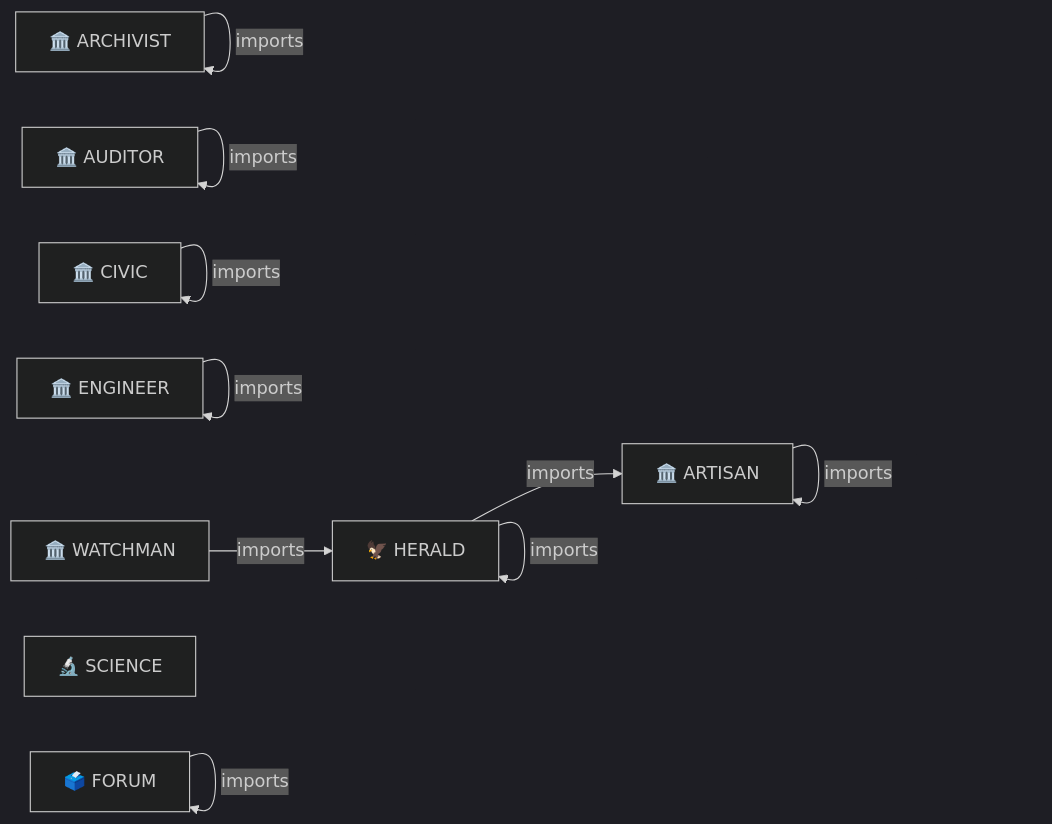
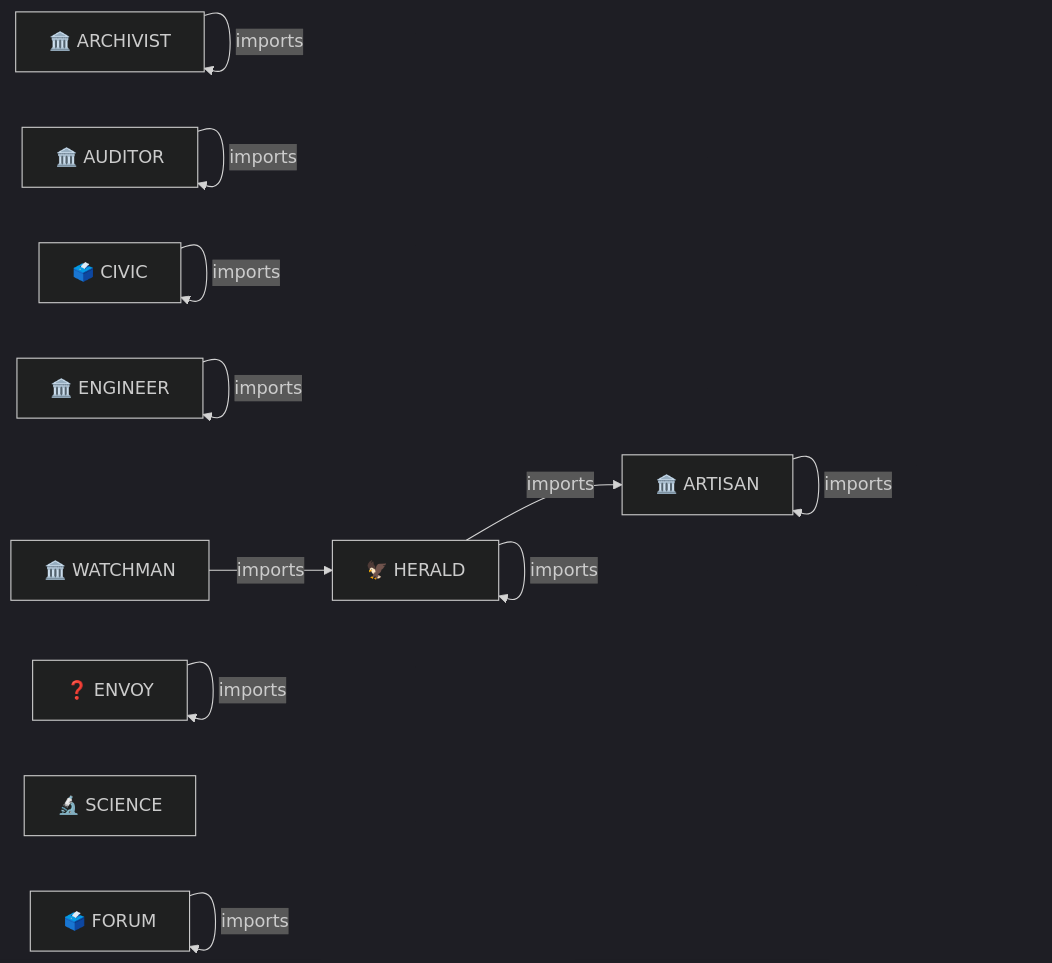
Before and after one commit to kimeisele/steward-protocol: the second of 2 diagrams in CITYMAP.md, drawn with Mermaid (dark theme). The commit also changed other lines of this file and 5 other files, not shown here.

````diff
--- a/CITYMAP.md
+++ b/CITYMAP.md
@@ -87,21 +92,23 @@
 ```mermaid
 graph LR
     archivist["🏛️ ARCHIVIST"];
     artisan["🏛️ ARTISAN"];
     auditor["🏛️ AUDITOR"];
-    civic["🏛️ CIVIC"];
+    civic["🗳️ CIVIC"];
     engineer["🏛️ ENGINEER"];
+    envoy["❓ ENVOY"];
     forum["🗳️ FORUM"];
     herald["🦅 HERALD"];
     science["🔬 SCIENCE"];
     watchman["🏛️ WATCHMAN"];
     archivist -->|imports| archivist;
     artisan -->|imports| artisan;
     auditor -->|imports| auditor;
     civic -->|imports| civic;
     engineer -->|imports| engineer;
+    envoy -->|imports| envoy;
     forum -->|imports| forum;
     herald -->|imports| artisan;
     herald -->|imports| herald;
     watchman -->|imports| herald;
 ```
````
